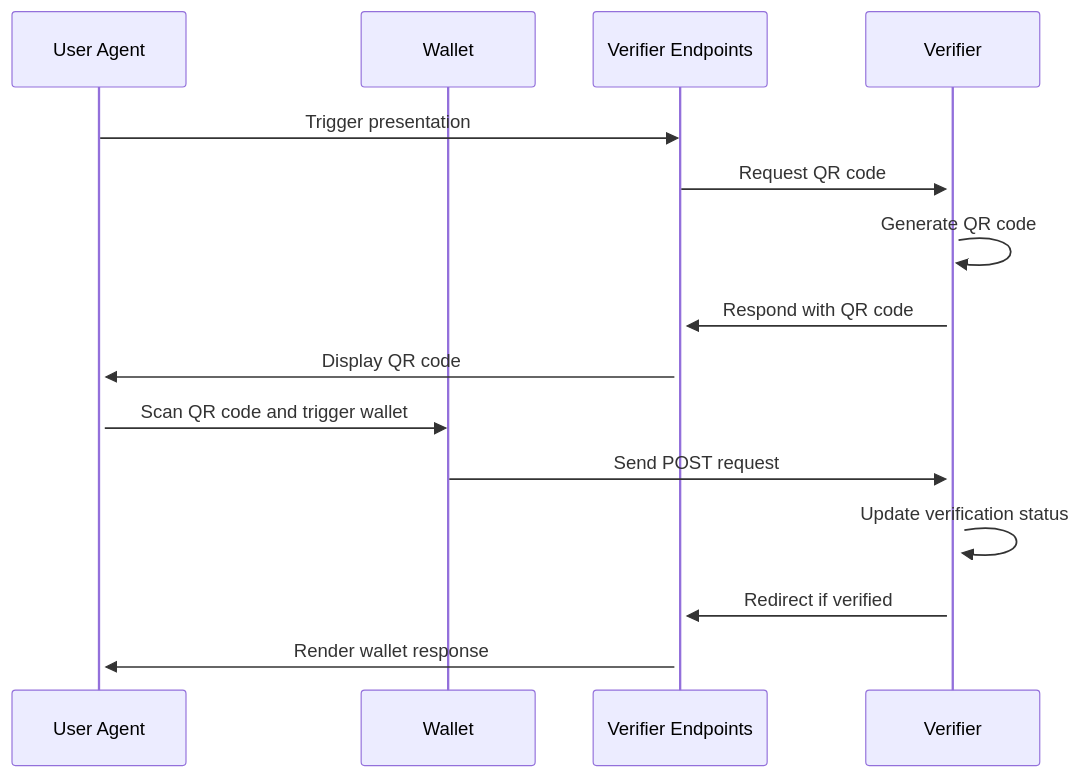
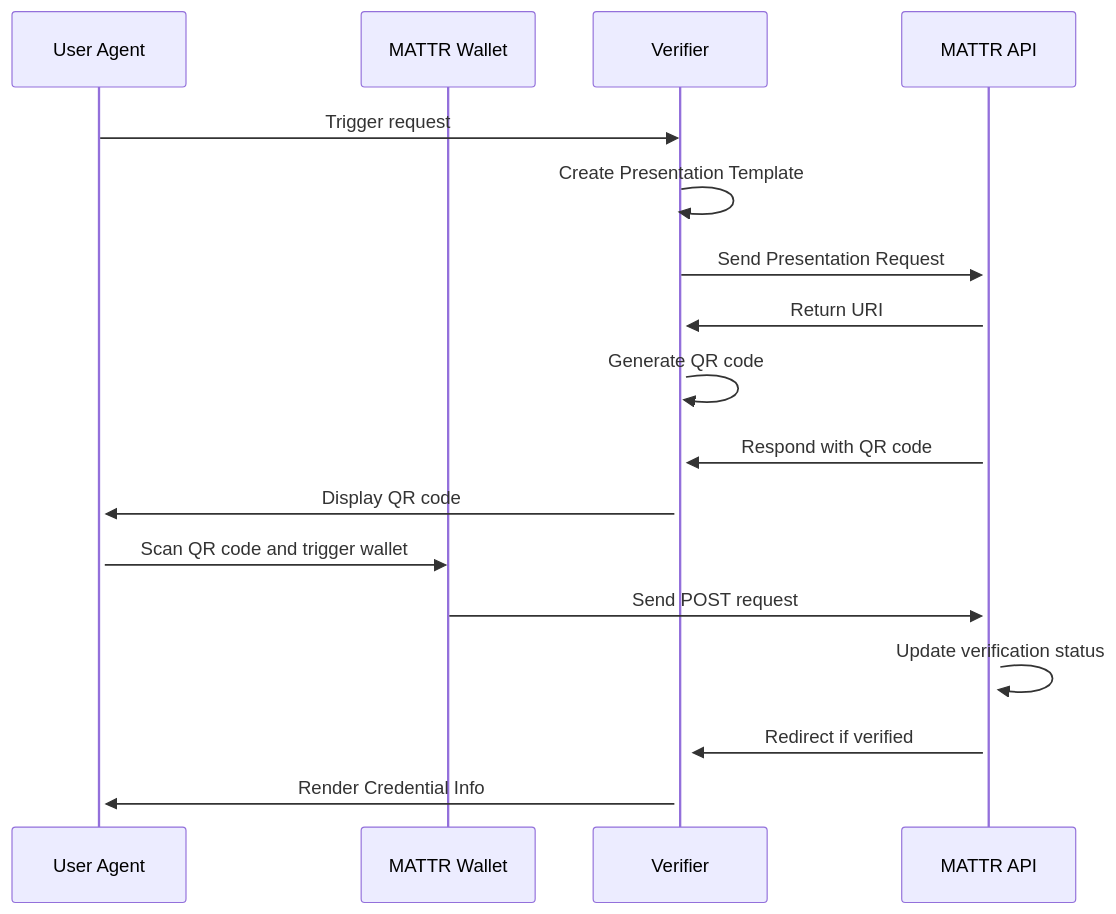
One commit to felleslosninger/dc24-wallet-verifier changed the diagram in README.md. Above: the diagram before and after it, drawn with Mermaid.

````diff
--- a/README.md
+++ b/README.md
@@ -33,21 +33,23 @@
 ```mermaid
 sequenceDiagram    
     participant UA as User Agent
-    participant W as Wallet
-    participant VE as Verifier Endpoints
-    participant V as Verifier
+    participant W as MATTR Wallet
+    participant VE as Verifier
+    participant V as MATTR API
 
-    UA->>VE: Trigger presentation 
-    
-    VE->>+V: Request QR code
-    V->>V: Generate QR code
+    UA->>VE: Trigger request 
+
+    VE->>VE: Create Presentation Template
+    VE->>+V: Send Presentation Request
+    V->>+VE: Return URI
+    VE->>VE: Generate QR code
     V->>+VE: Respond with QR code
 
     VE->>+UA: Display QR code
     UA->>W: Scan QR code and trigger wallet
 
     W->>+V: Send POST request
     V->>V: Update verification status
     V->>VE: Redirect if verified
-    VE->>UA: Render wallet response 
+    VE->>UA: Render Credential Info 
 ```
````
